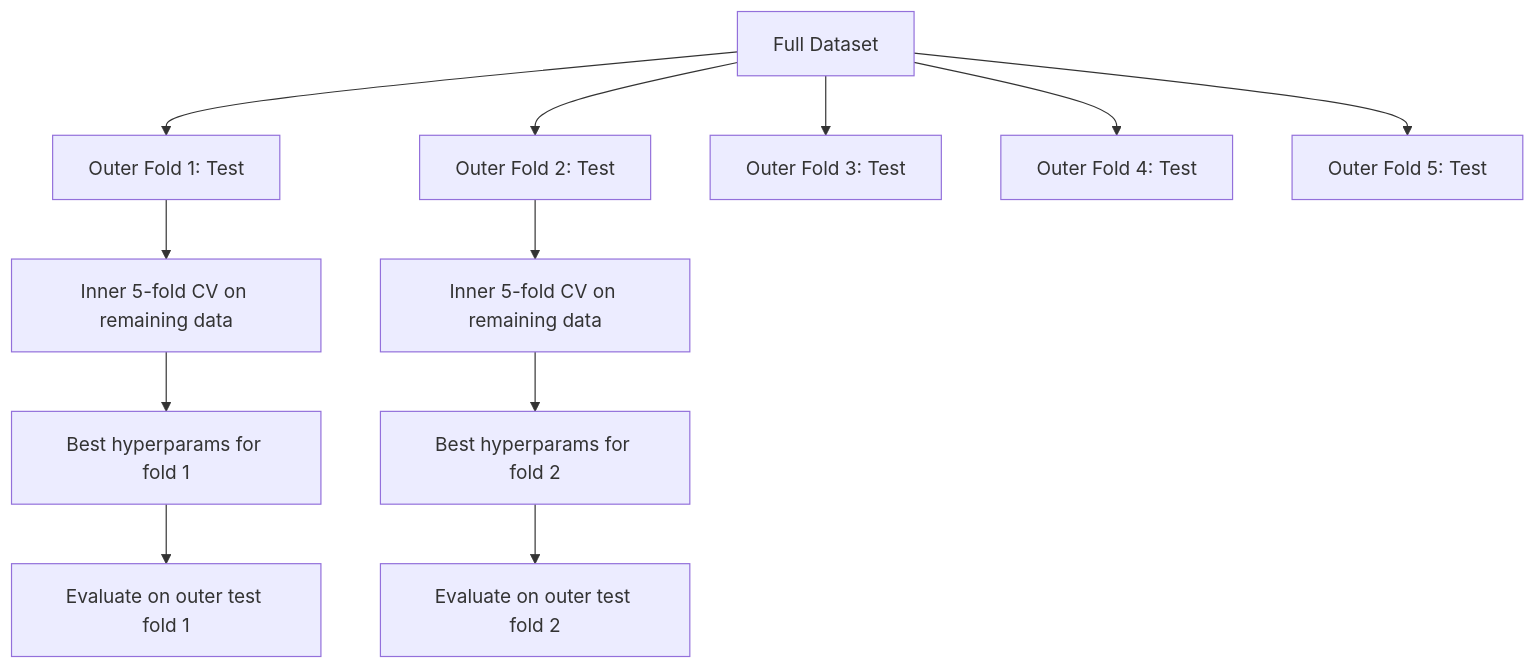
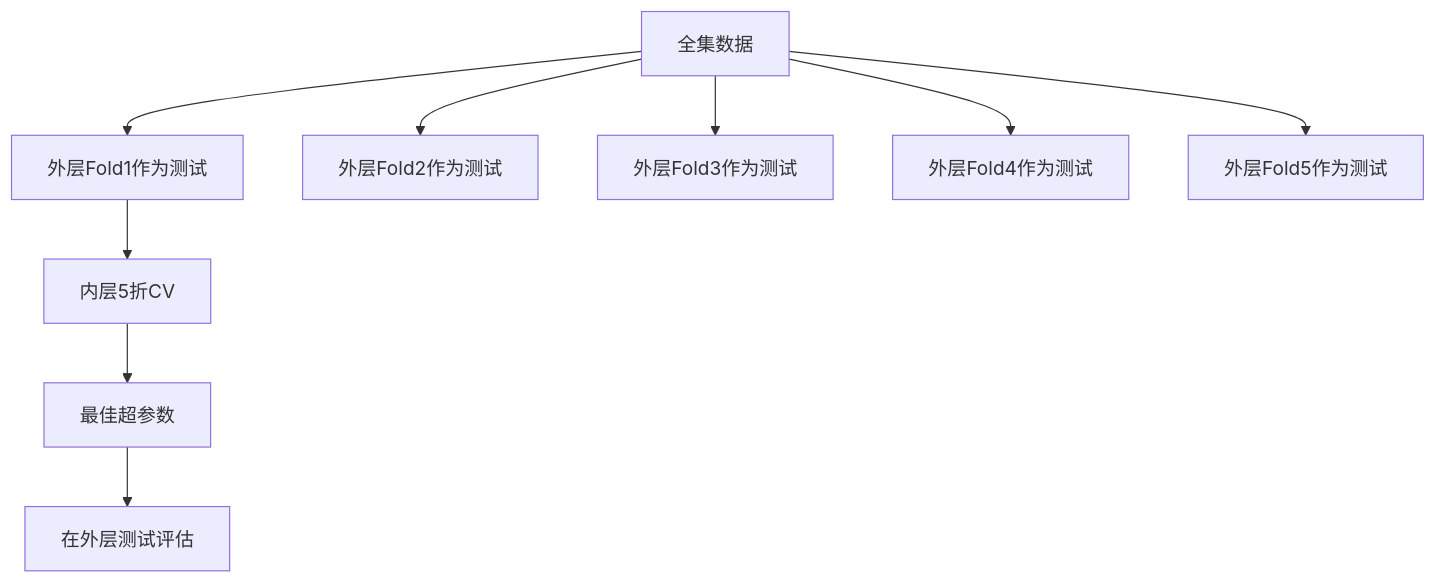
The third of 3 diagrams in phases/02-ml-fundamentals/12-hyperparameter-tuning/docs/zh.md (omigaZen/ai-engineering-from-scratch), drawn with Mermaid before and after one commit. The commit also changed other lines of this file, not shown here.

````diff
--- a/phases/02-ml-fundamentals/12-hyperparameter-tuning/docs/zh.md
+++ b/phases/02-ml-fundamentals/12-hyperparameter-tuning/docs/zh.md
@@ -200,16 +125,12 @@
 ```mermaid
 flowchart TD
-    D[Full Dataset] --> O1[Outer Fold 1: Test]
-    D --> O2[Outer Fold 2: Test]
-    D --> O3[Outer Fold 3: Test]
-    D --> O4[Outer Fold 4: Test]
-    D --> O5[Outer Fold 5: Test]
+    D[全集数据] --> O1[外层Fold1作为测试]
+    D --> O2[外层Fold2作为测试]
+    D --> O3[外层Fold3作为测试]
+    D --> O4[外层Fold4作为测试]
+    D --> O5[外层Fold5作为测试]
 
-    O1 --> I1[Inner 5-fold CV on remaining data]
-    I1 --> T1[Best hyperparams for fold 1]
-    T1 --> E1[Evaluate on outer test fold 1]
-
-    O2 --> I2[Inner 5-fold CV on remaining data]
-    I2 --> T2[Best hyperparams for fold 2]
-    T2 --> E2[Evaluate on outer test fold 2]
+    O1 --> I1[内层5折CV]
+    I1 --> T1[最佳超参数]
+    T1 --> E1[在外层测试评估]
 ```
````
